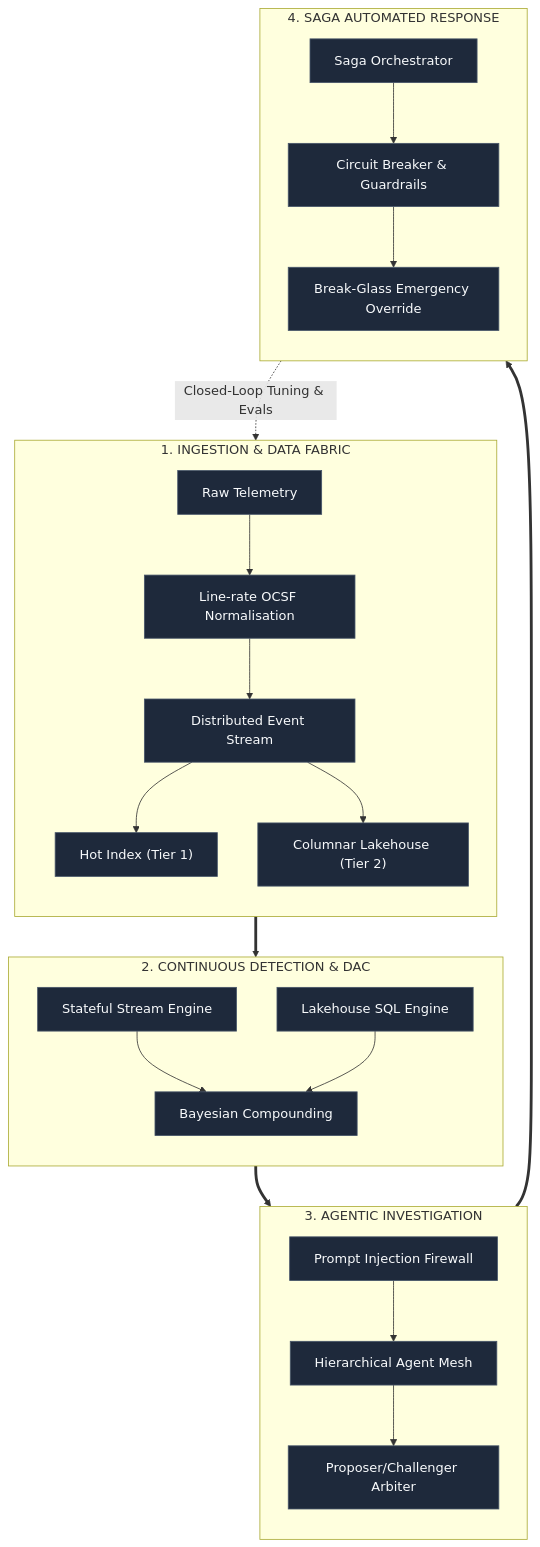
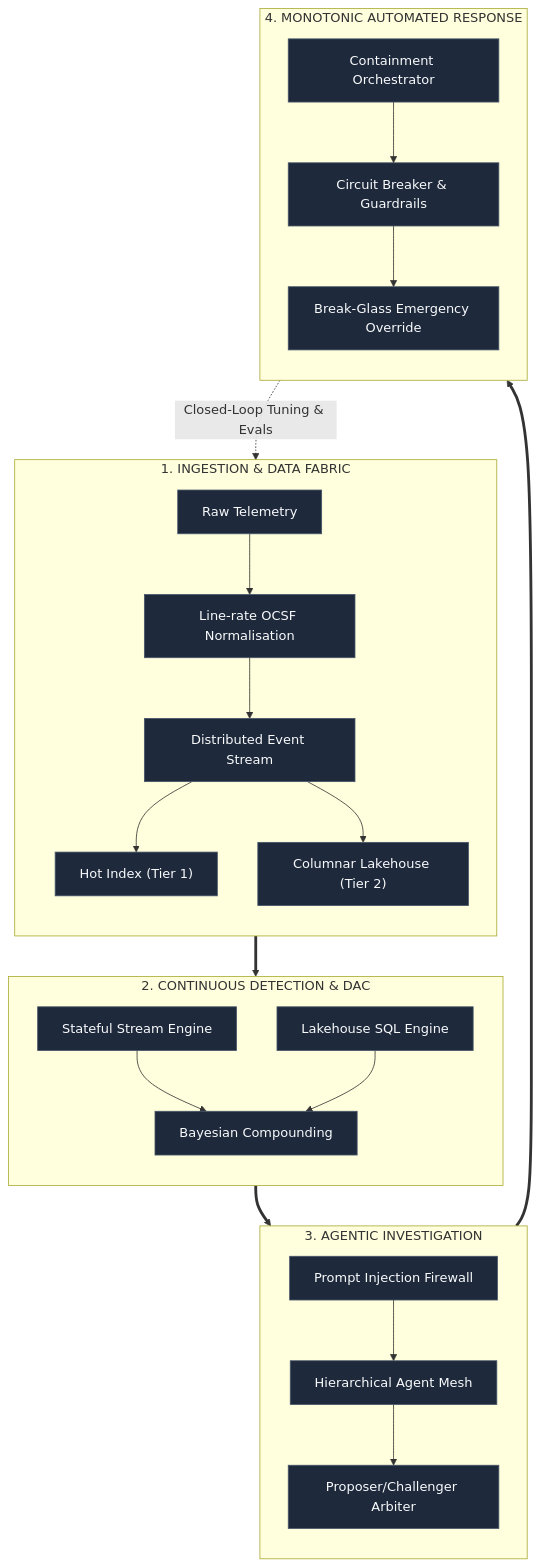
Before and after one commit to Haribu/TIDIR: the diagram in docs/index.md, drawn with Mermaid. The commit also changed 3 other files, not shown here.

Commit message:
refactor(diagrams): align all diagrams and core prose to Monotonic Fail-Closed Containment

````diff
--- a/docs/index.md
+++ b/docs/index.md
@@ -64,42 +64,42 @@
 ```mermaid
 flowchart TB
     subgraph S1["1. INGESTION & DATA FABRIC"]
         direction TB
         RAW["Raw Telemetry"] --> NORM["Line-rate OCSF Normalisation"]
         NORM --> BUS["Distributed Event Stream"]
         BUS --> HOT["Hot Index (Tier 1)"]
         BUS --> LAKE["Columnar Lakehouse (Tier 2)"]
     end
 
     subgraph S2["2. CONTINUOUS DETECTION & DAC"]
         direction TB
         STREAM_DET["Stateful Stream Engine"]
         BATCH_DET["Lakehouse SQL Engine"]
         BAYES["Bayesian Compounding"]
         STREAM_DET --> BAYES
         BATCH_DET --> BAYES
     end
 
     subgraph S3["3. AGENTIC INVESTIGATION"]
         direction TB
         FW["Prompt Injection Firewall"]
         MESH["Hierarchical Agent Mesh"]
         ARB["Proposer/Challenger Arbiter"]
         FW --> MESH --> ARB
     end
 
-    subgraph S4["4. SAGA AUTOMATED RESPONSE"]
+    subgraph S4["4. MONOTONIC AUTOMATED RESPONSE"]
         direction TB
-        SAGA["Saga Orchestrator"]
+        RESP["Containment Orchestrator"]
         CIRCUIT["Circuit Breaker & Guardrails"]
         BG["Break-Glass Emergency Override"]
-        SAGA --> CIRCUIT --> BG
+        RESP --> CIRCUIT --> BG
     end
 
     S1 ==> S2 ==> S3 ==> S4
     S4 -.->|"Closed-Loop Tuning & Evals"| S1
 
     classDef default fill:#1e293b,stroke:#475569,stroke-width:1px,color:#f8fafc;
     classDef highlight fill:#0f766e,stroke:#14b8a6,stroke-width:1.5px,color:#ffffff;
-    class RAW,NORM,BUS,HOT,LAKE,STREAM_DET,BATCH_DET,BAYES,FW,MESH,ARB,SAGA,CIRCUIT,BG default;
+    class RAW,NORM,BUS,HOT,LAKE,STREAM_DET,BATCH_DET,BAYES,FW,MESH,ARB,RESP,CIRCUIT,BG default;
 ```
````
